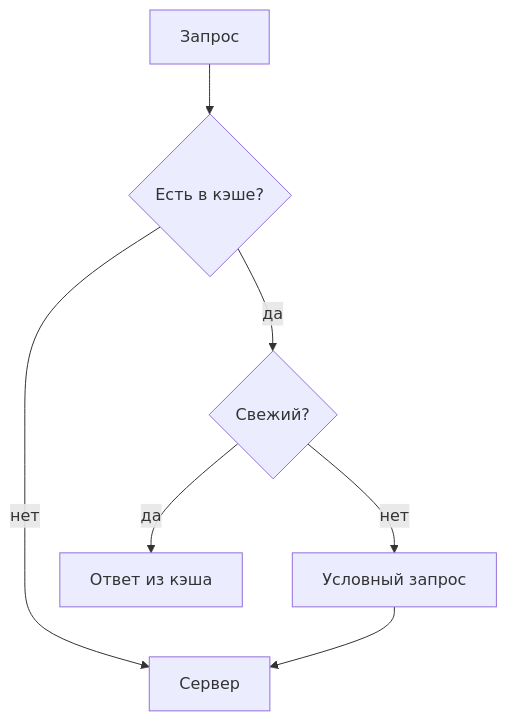
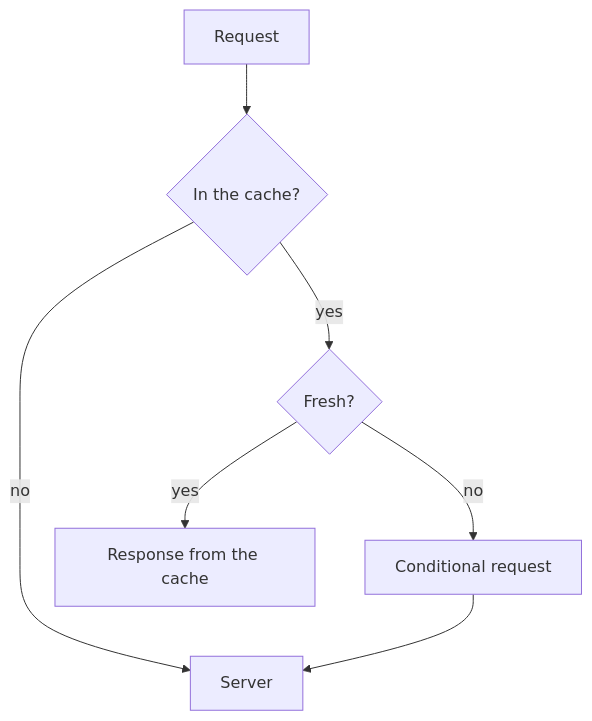
One commit to aleksey925/scrawl changed the first of 3 diagrams in examples/data/showcase/http-caching.md. Above: the diagram before and after it, drawn with Mermaid. The commit also changed other lines of this file and 921 other files, not shown here.

````diff
--- a/examples/data/showcase/http-caching.md
+++ b/examples/data/showcase/http-caching.md
@@ -211,8 +216,8 @@
 ```mermaid
 flowchart TD
-    A[Запрос] --> B{Есть в кэше?}
-    B -- нет --> S[Сервер]
-    B -- да --> C{Свежий?}
-    C -- да --> R[Ответ из кэша]
-    C -- нет --> V[Условный запрос] --> S
+    A[Request] --> B{In the cache?}
+    B -- no --> S[Server]
+    B -- yes --> C{Fresh?}
+    C -- yes --> R[Response from the cache]
+    C -- no --> V[Conditional request] --> S
 ```
````
